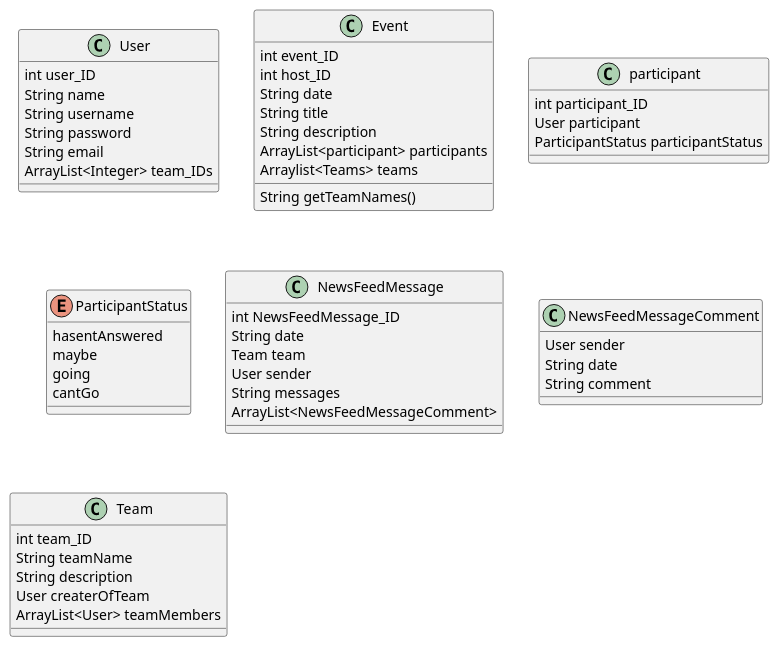
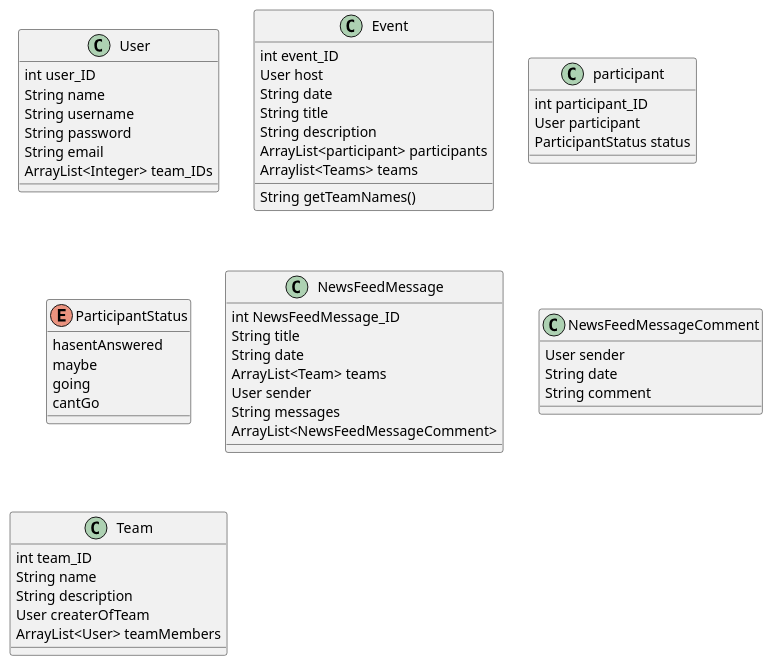
Before and after one commit to Rawlpluks/HoldCord: the diagram in Class diagram.wsd, drawn with PlantUML. The commit also changed 3 other files, not shown here.

```diff
--- a/Class diagram.wsd
+++ b/Class diagram.wsd
@@ -1,59 +1,60 @@
 @startuml
 class User{
     int user_ID
     String name
     String username
     String password
     String email
     ArrayList<Integer> team_IDs
 }
 
 class Event{
     int event_ID
-    int host_ID
+    User host
     String date
     String title
     String description
     ArrayList<participant> participants
     Arraylist<Teams> teams
 
     String getTeamNames()
 }
 
 class participant{
     int participant_ID
     User participant
-    ParticipantStatus participantStatus
+    ParticipantStatus status
 }
 
 enum ParticipantStatus{
     hasentAnswered
     maybe
     going
     cantGo
 }
 
 class NewsFeedMessage{
     int NewsFeedMessage_ID
+    String title
     String date
-    Team team
+    ArrayList<Team> teams
     User sender
     String messages
     ArrayList<NewsFeedMessageComment>
 }
 
 class NewsFeedMessageComment{
     User sender
     String date
     String comment
 }
 
 class Team{
     int team_ID
-    String teamName
+    String name
     String description
     User createrOfTeam
     ArrayList<User> teamMembers
 }
 
 @enduml
```
